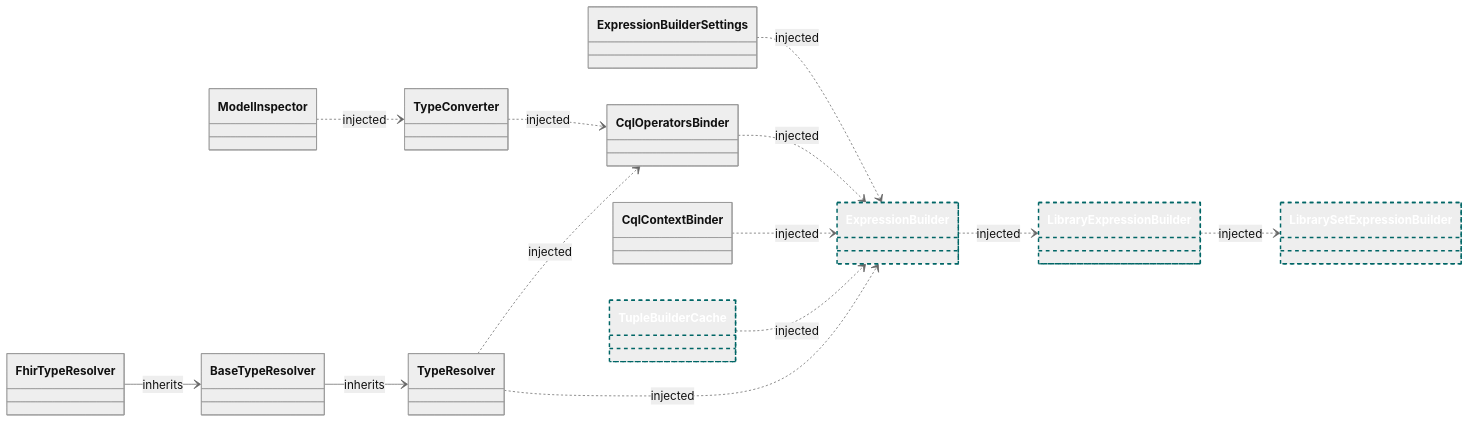
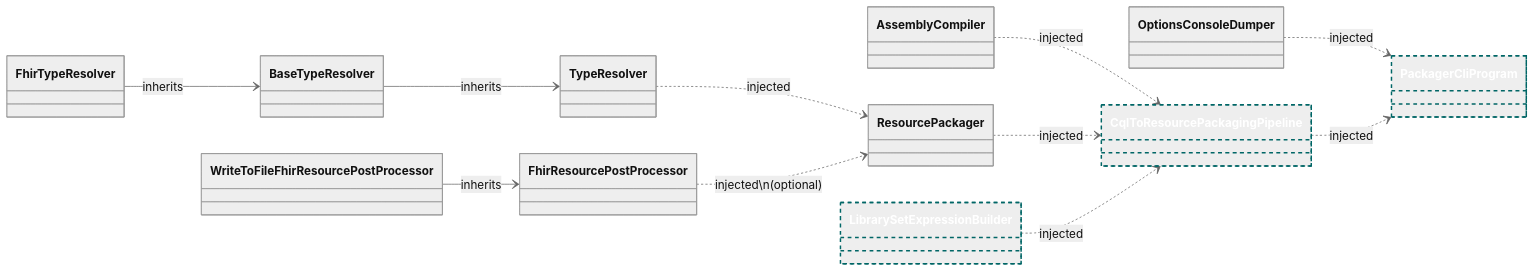
Before and after one commit to FirelyTeam/firely-cql-sdk: the third of 3 diagrams in docs/packager-cli-dependency-graph.md, drawn with Mermaid (neutral theme). The commit also changed other lines of this file and 1 other file, not shown here.

Commit message:
Update diagram

````diff
--- a/docs/packager-cli-dependency-graph.md
+++ b/docs/packager-cli-dependency-graph.md
@@ -122,73 +88,33 @@
 ```mermaid
 classDiagram
     direction LR
 
     %% HACK: Mermaid doesnt support commas withing generic, so use a similar looking character (﹐)
 
-%%    namespace Expression_Building {
-        class LibrarySetExpressionBuilder{
-        }
-
-        class LibraryExpressionBuilder{
-        }
-        
-        class ExpressionBuilderSettings {
-        }
-
-        class ExpressionBuilder{
-        }
-
-        class CqlOperatorsBinder {
-        }
-
-        class CqlContextBinder{
-		}
-
-        class TypeConverter {
-        }
-
-        class ModelInspector {
-        }
-
-        class TupleBuilderCache {
-        }
-            
-        class TypeResolver {
-        }
-
-        class BaseTypeResolver {
-		}
-
-        class FhirTypeResolver {
-		}
-%%    }
+    class CqlToResourcePackagingPipeline { }
+    class PackagerCliProgram { }
+    class LibrarySetExpressionBuilder { }
 
     %% Style Scoped services
+    style CqlToResourcePackagingPipeline stroke:#066,stroke-width:2px,color:#fff,stroke-dasharray: 5 5
     style PackagerCliProgram stroke:#066,stroke-width:2px,color:#fff,stroke-dasharray: 5 5
-    style TupleBuilderCache stroke:#066,stroke-width:2px,color:#fff,stroke-dasharray: 5 5
     style LibrarySetExpressionBuilder stroke:#066,stroke-width:2px,color:#fff,stroke-dasharray: 5 5
-    style LibraryExpressionBuilder stroke:#066,stroke-width:2px,color:#fff,stroke-dasharray: 5 5
-    style ExpressionBuilder stroke:#066,stroke-width:2px,color:#fff,stroke-dasharray: 5 5
 
     %% Inheritance  
 
     BaseTypeResolver --> TypeResolver : inherits
     FhirTypeResolver --> BaseTypeResolver : inherits
+    WriteToFileFhirResourcePostProcessor --> FhirResourcePostProcessor : inherits
 
     %% Injected Dependencies
 
-    LibraryExpressionBuilder ..> LibrarySetExpressionBuilder : injected
-
-    ExpressionBuilder ..> LibraryExpressionBuilder : injected
-
-    CqlOperatorsBinder ..> ExpressionBuilder : injected
-    TupleBuilderCache ..> ExpressionBuilder : injected
-    TypeResolver ..> ExpressionBuilder : injected
-    CqlContextBinder ..> ExpressionBuilder : injected
-    ExpressionBuilderSettings ..> ExpressionBuilder : injected
-
-    TypeResolver ..> CqlOperatorsBinder : injected
-    TypeConverter ..> CqlOperatorsBinder : injected
-
-    ModelInspector ..> TypeConverter : injected  
+    AssemblyCompiler ..> CqlToResourcePackagingPipeline : injected
+    ResourcePackager ..> CqlToResourcePackagingPipeline : injected 
+    LibrarySetExpressionBuilder ..> CqlToResourcePackagingPipeline : injected
+    
+    OptionsConsoleDumper ..> PackagerCliProgram : injected 
+    CqlToResourcePackagingPipeline ..> PackagerCliProgram : injected
+      
+    TypeResolver ..> ResourcePackager : injected
+    FhirResourcePostProcessor ..> ResourcePackager : injected\n(optional) 
 ```
````
